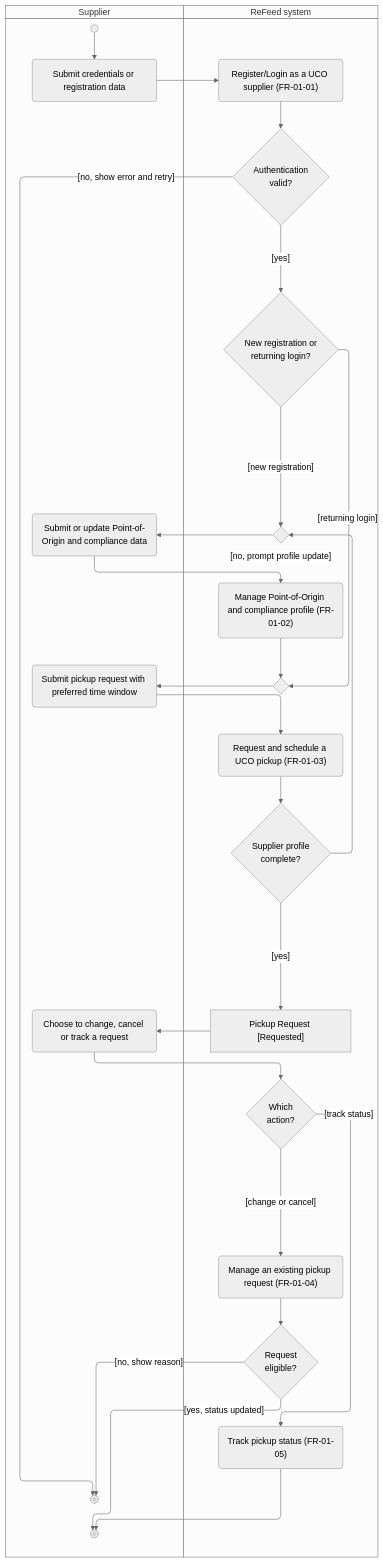
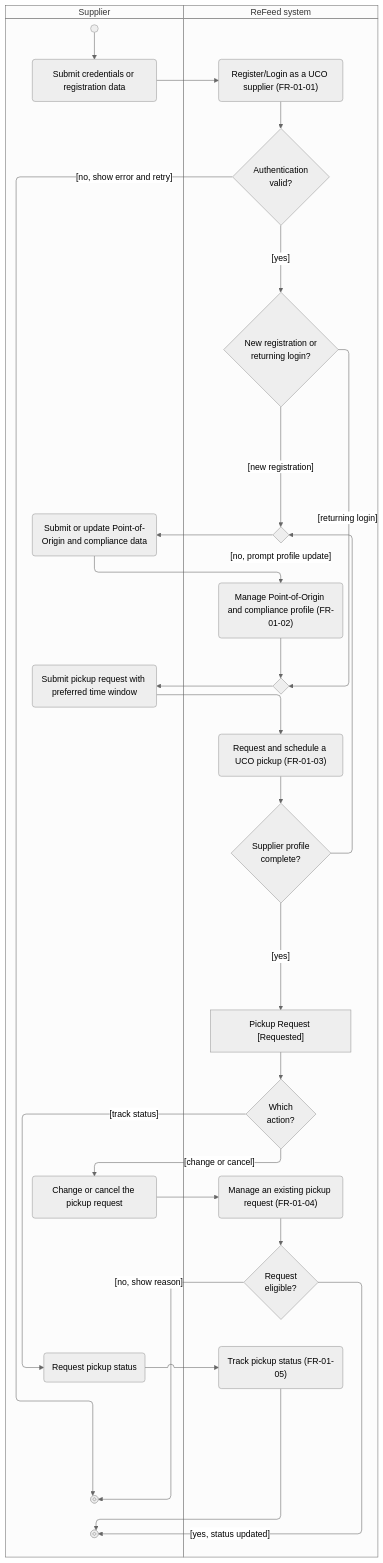
The diagram in docs/activity/AD-UC-01.md (thuyvicbh-alt/DBIZ2---GROUP-D), drawn with Mermaid (neutral theme) before and after one commit. The commit also changed other lines of this file, not shown here.

Commit message:
Update version and refine action descriptions

````diff
--- a/docs/activity/AD-UC-01.md
+++ b/docs/activity/AD-UC-01.md
@@ -25,39 +25,40 @@
 ```mermaid
 swimlane-beta TB
   subgraph SUP["Supplier"]
     start@{ shape: sm-circ }
     a1("Submit credentials or registration data")
     a2("Submit or update Point-of-Origin and compliance data")
     a3("Submit pickup request with preferred time window")
-    a4("Choose to change, cancel or track a request")
+    a4("Change or cancel the pickup request")
+    a5("Request pickup status")
     stop1@{ shape: fr-circ }
     stop2@{ shape: fr-circ }
   end
   subgraph SYS["ReFeed system"]
     s1("Register/Login as a UCO supplier (FR-01-01)")
     d1{"Authentication<br>valid?"}
     d2{"New registration or<br>returning login?"}
     m1{" "}
     s2("Manage Point-of-Origin and compliance profile (FR-01-02)")
     m2{" "}
     s3("Request and schedule a UCO pickup (FR-01-03)")
     d3{"Supplier profile<br>complete?"}
     o1["Pickup Request [Requested]"]
     d4{"Which<br>action?"}
     s4("Manage an existing pickup request (FR-01-04)")
     d5{"Request<br>eligible?"}
     s5("Track pickup status (FR-01-05)")
   end
   start --> a1 --> s1 --> d1
   d1 -->|"[no, show error and retry]"| stop1
   d1 -->|"[yes]"| d2
   d2 -->|"[new registration]"| m1 --> a2 --> s2 --> m2
   d2 -->|"[returning login]"| m2
   m2 --> a3 --> s3 --> d3
   d3 -->|"[no, prompt profile update]"| m1
-  d3 -->|"[yes]"| o1 --> a4 --> d4
-  d4 -->|"[change or cancel]"| s4 --> d5
+  d3 -->|"[yes]"| o1 --> d4
+  d4 -->|"[change or cancel]"| a4 --> s4 --> d5
   d5 -->|"[no, show reason]"| stop1
   d5 -->|"[yes, status updated]"| stop2
-  d4 -->|"[track status]"| s5 --> stop2
+  d4 -->|"[track status]"| a5 --> s5 --> stop2
 ```
````
